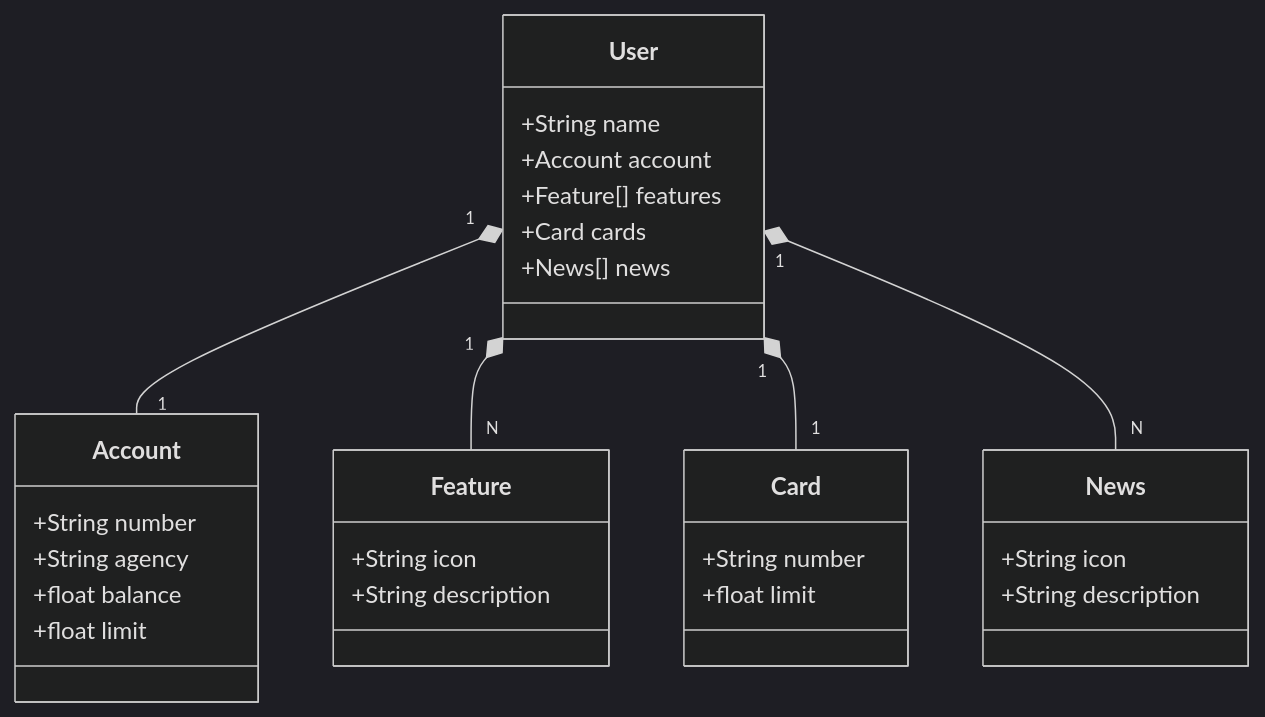
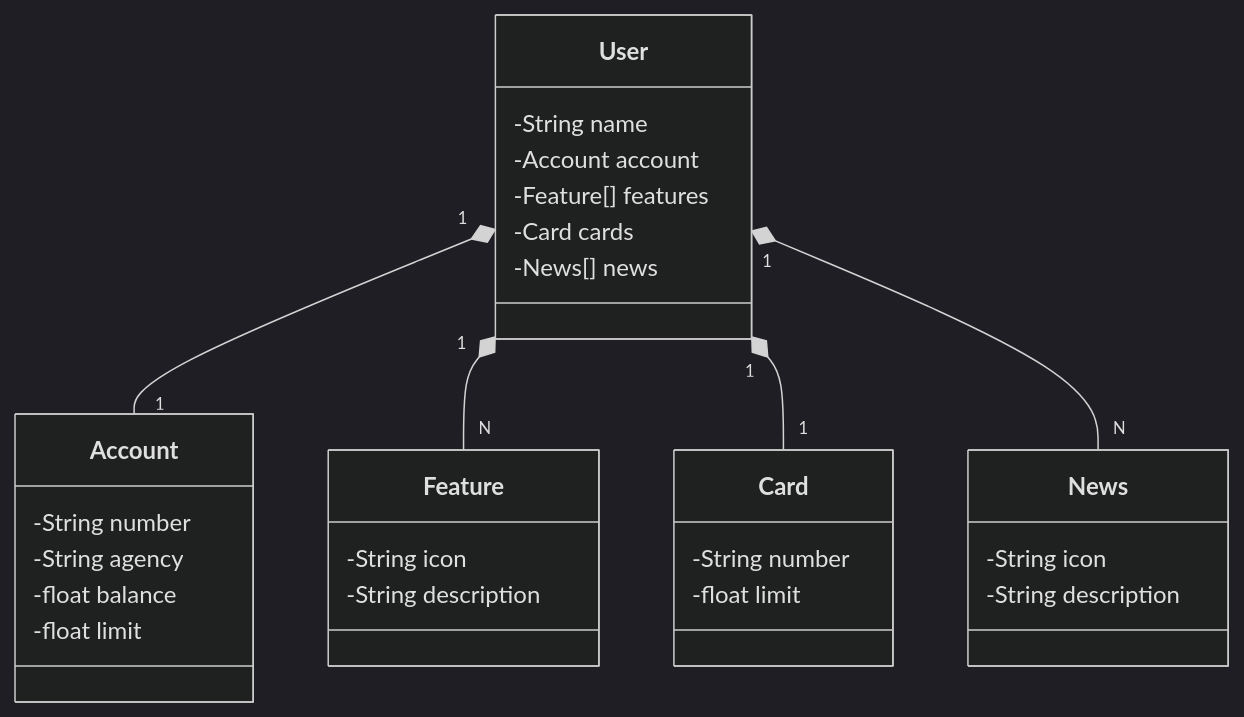
Before and after one commit to hudpr10/dio-java-santander-dev-week-2025: the diagram in README.md, drawn with Mermaid (dark theme). The commit also changed 6 other files, not shown here.

````diff
--- a/README.md
+++ b/README.md
@@ -5,37 +5,37 @@
 ```mermaid
 classDiagram
     class User {
-        +String name
-        +Account account
-        +Feature[] features
-        +Card cards
-        +News[] news
+        -String name
+        -Account account
+        -Feature[] features
+        -Card cards
+        -News[] news
     }
 
     class Account {
-        +String number
-        +String agency
-        +float balance
-        +float limit
+        -String number
+        -String agency
+        -float balance
+        -float limit
     }
 
     class Feature {
-        +String icon
-        +String description
+        -String icon
+        -String description
     }
 
     class Card {
-        +String number
-        +float limit
+        -String number
+        -float limit
     }
 
     class News {
-        +String icon
-        +String description
+        -String icon
+        -String description
     }
 
     User "1" *-- "1" Account
     User "1" *-- "N" Feature
     User "1" *-- "1" Card
     User "1" *-- "N" News
 ```
````
